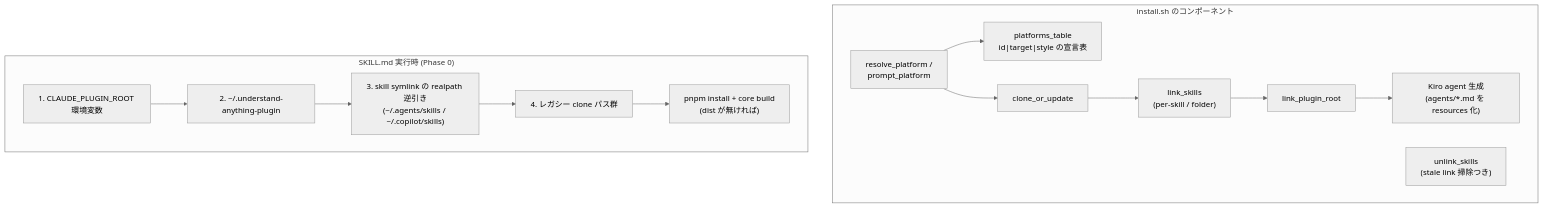
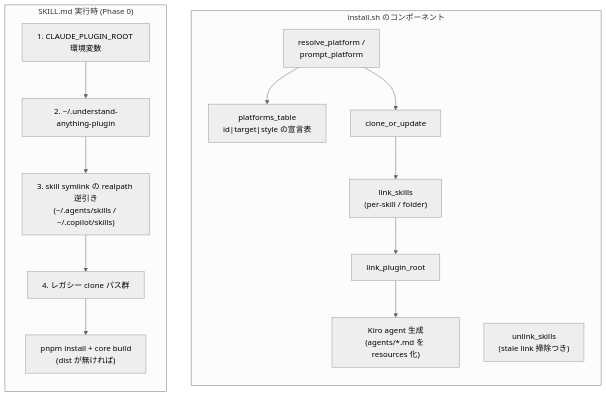
One commit to suwa-sh/zenn-contents changed the third of 5 diagrams in articles/understand-anything-plugin_20260812.md. Above: the diagram before and after it, drawn with Mermaid (neutral theme). The commit also changed other lines of this file, not shown here.

````diff
--- a/articles/understand-anything-plugin_20260812.md
+++ b/articles/understand-anything-plugin_20260812.md
@@ -137,28 +134,30 @@
 ```mermaid
 graph TB
     subgraph Installer["install.sh のコンポーネント"]
+        direction TD
         Table["platforms_table<br/>id|target|style の宣言表"]
         Resolve["resolve_platform /<br/>prompt_platform"]
         CloneF["clone_or_update"]
         LinkS["link_skills<br/>(per-skill / folder)"]
         LinkR["link_plugin_root"]
         KiroGen["Kiro agent 生成<br/>(agents/*.md を resources 化)"]
         Unlink["unlink_skills<br/>(stale link 掃除つき)"]
     end
 
     subgraph Runtime["SKILL.md 実行時 (Phase 0)"]
+        direction TD
         C1["1. CLAUDE_PLUGIN_ROOT 環境変数"]
         C2["2. ~/.understand-anything-plugin"]
         C3["3. skill symlink の realpath 逆引き<br/>(~/.agents/skills / ~/.copilot/skills)"]
         C4["4. レガシー clone パス群"]
         Build["pnpm install + core build<br/>(dist が無ければ)"]
     end
 
     Resolve --> Table
     Resolve --> CloneF
     CloneF --> LinkS
     LinkS --> LinkR
     LinkR --> KiroGen
     C1 --> C2 --> C3 --> C4
     C4 --> Build
 ```
````
